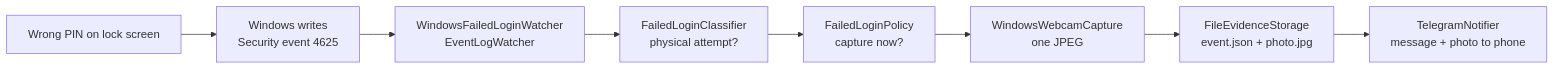
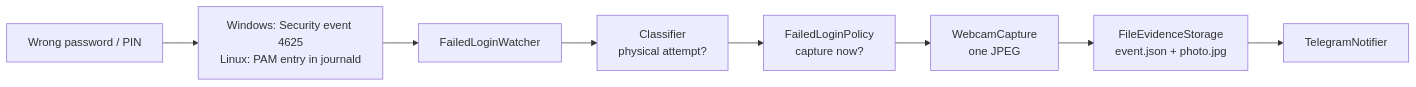
Before and after one commit to DeniMiljevic/SecurityMonitor: the diagram in README.md, drawn with Mermaid. The commit also changed other lines of this file, not shown here.

Commit message:
Update README for Linux and dual boot

````diff
--- a/README.md
+++ b/README.md
@@ -54,10 +56,10 @@
 ```mermaid
 flowchart LR
-    A[Wrong PIN on lock screen] --> B[Windows writes<br/>Security event 4625]
-    B --> C[WindowsFailedLoginWatcher<br/>EventLogWatcher]
-    C --> D[FailedLoginClassifier<br/>physical attempt?]
+    A[Wrong password / PIN] --> B[Windows: Security event 4625<br/>Linux: PAM entry in journald]
+    B --> C[FailedLoginWatcher]
+    C --> D[Classifier<br/>physical attempt?]
     D --> E[FailedLoginPolicy<br/>capture now?]
-    E --> F[WindowsWebcamCapture<br/>one JPEG]
+    E --> F[WebcamCapture<br/>one JPEG]
     F --> G[FileEvidenceStorage<br/>event.json + photo.jpg]
-    G --> H[TelegramNotifier<br/>message + photo to phone]
+    G --> H[TelegramNotifier]
 ```
````
